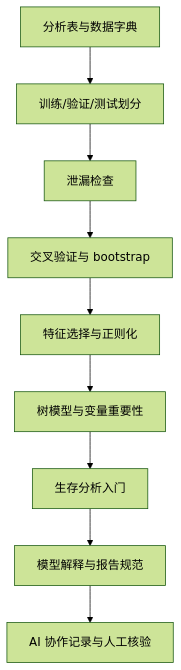
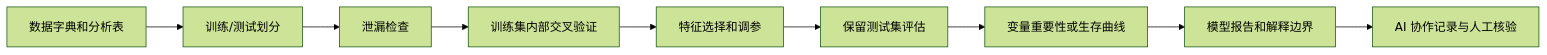
One commit to luvega/AI_MED_DataVis changed the first of 5 diagrams in docs/chapters/chapter-10/index.md. Above: the diagram before and after it, drawn with Mermaid (forest theme). The commit also changed other lines of this file and 84 other files, not shown here.

````diff
--- a/docs/chapters/chapter-10/index.md
+++ b/docs/chapters/chapter-10/index.md
@@ -62,11 +62,11 @@
-```mermaid
-flowchart TD
-  A["分析表与数据字典"] --> B["训练/验证/测试划分"]
+~~~mermaid
+flowchart LR
+  A["数据字典和分析表"] --> B["训练/测试划分"]
   B --> C["泄漏检查"]
-  C --> D["交叉验证与 bootstrap"]
-  D --> E["特征选择与正则化"]
-  E --> F["树模型与变量重要性"]
-  F --> G["生存分析入门"]
-  G --> H["模型解释与报告规范"]
+  C --> D["训练集内部交叉验证"]
+  D --> E["特征选择和调参"]
+  E --> F["保留测试集评估"]
+  F --> G["变量重要性或生存曲线"]
+  G --> H["模型报告和解释边界"]
   H --> I["AI 协作记录与人工核验"]
-```
+~~~
````
